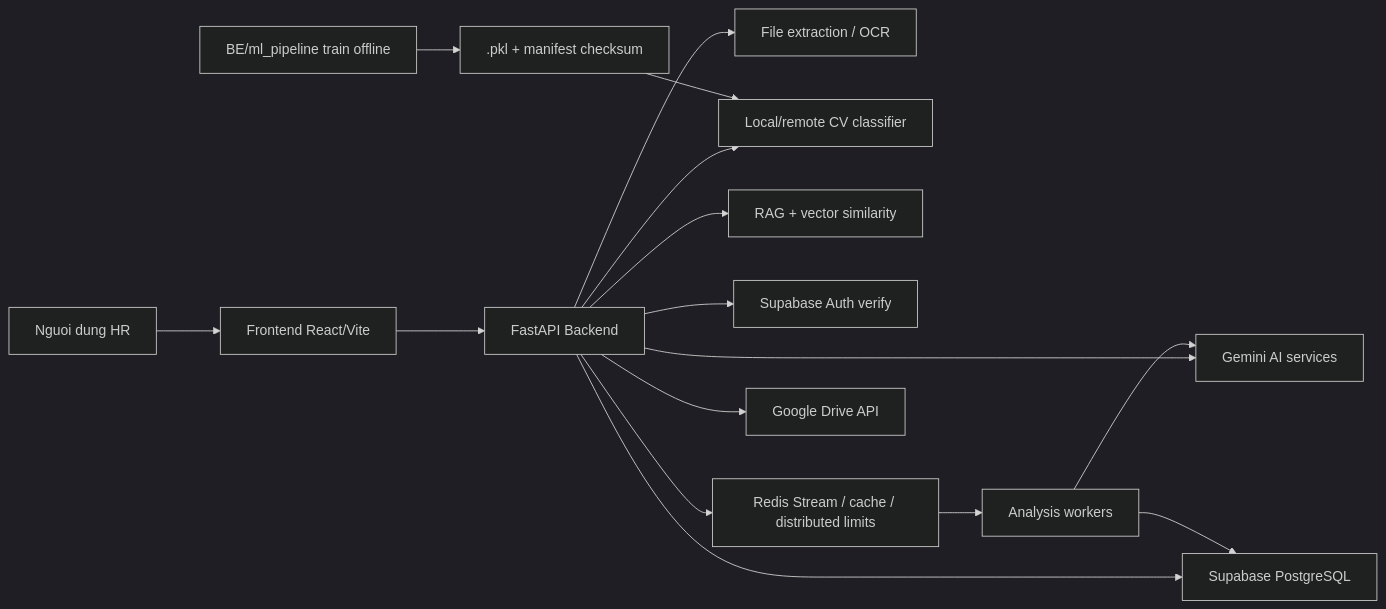
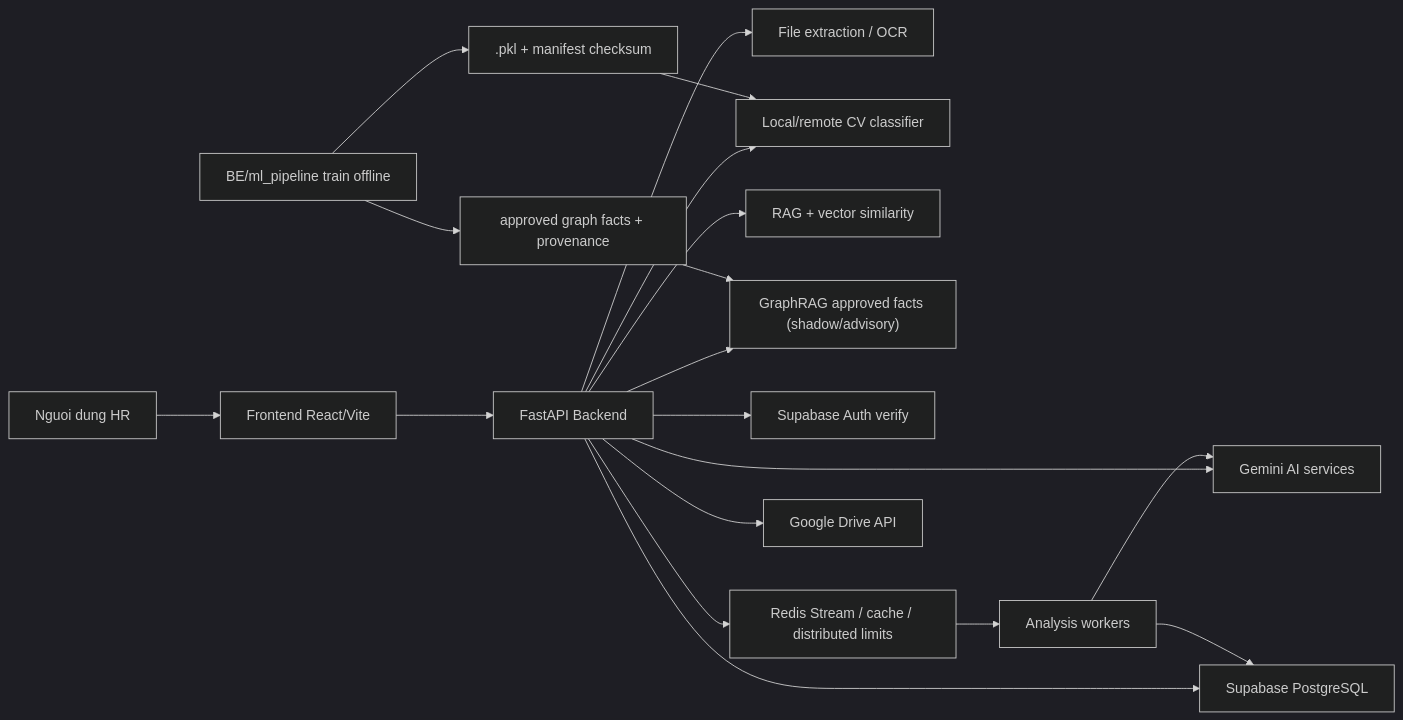
Before and after one commit to TechFutureAIFPT/TechFutureAI: the first of 4 diagrams in Document/01-Tai-Lieu-Du-An/02-kien-truc-he-thong.md, drawn with Mermaid (dark theme). The commit also changed other lines of this file and 3 other files, not shown here.

Commit message:
docs: document GraphRAG and ML dataset controls

````diff
--- a/Document/01-Tai-Lieu-Du-An/02-kien-truc-he-thong.md
+++ b/Document/01-Tai-Lieu-Du-An/02-kien-truc-he-thong.md
@@ -30,20 +30,23 @@
 ```mermaid
 flowchart LR
     U["Nguoi dung HR"] --> FE["Frontend React/Vite"]
     FE --> API["FastAPI Backend"]
 
     API --> OCR["File extraction / OCR"]
     API --> AI["Gemini AI services"]
     API --> CLS["Local/remote CV classifier"]
     API --> RAG["RAG + vector similarity"]
+    API --> GRAPH["GraphRAG approved facts (shadow/advisory)"]
     API --> AUTH["Supabase Auth verify"]
     API --> DB["Supabase PostgreSQL"]
     API --> REDIS["Redis Stream / cache / distributed limits"]
     REDIS --> WORKER["Analysis workers"]
     WORKER --> AI
     WORKER --> DB
     API --> GD["Google Drive API"]
 
     ML["BE/ml_pipeline train offline"] --> ART[".pkl + manifest checksum"]
+    ML --> GART["approved graph facts + provenance"]
     ART --> CLS
+    GART --> GRAPH
 ```
````
